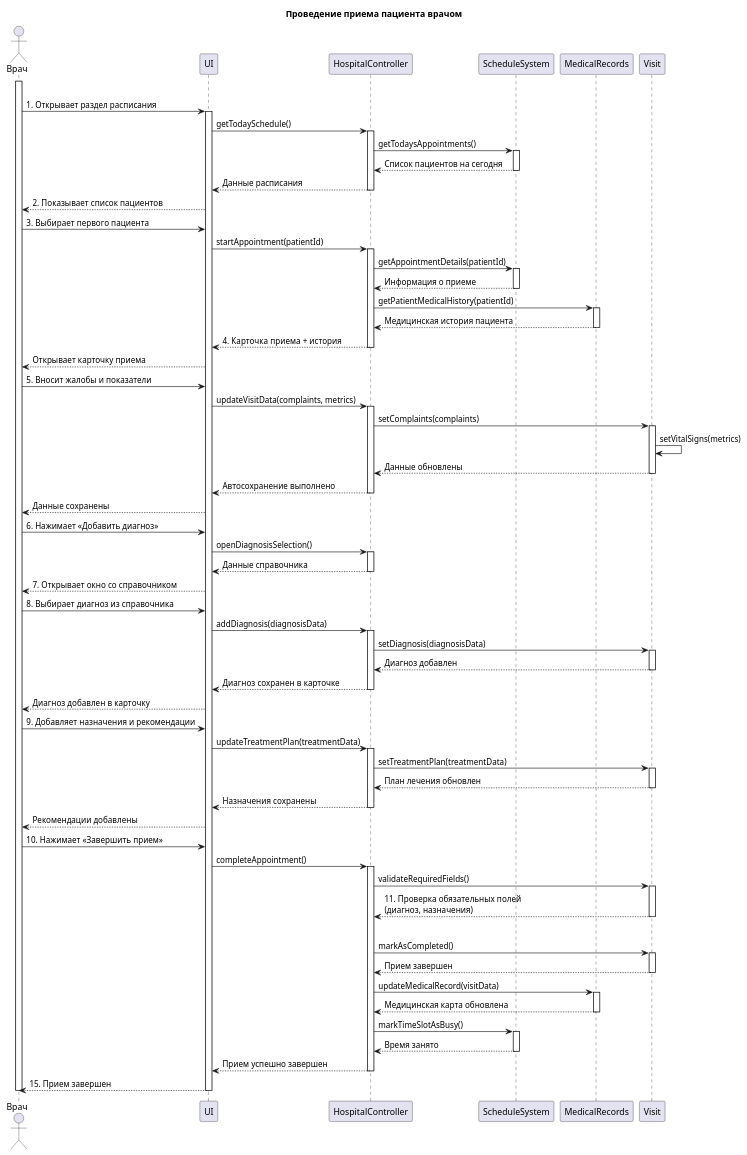
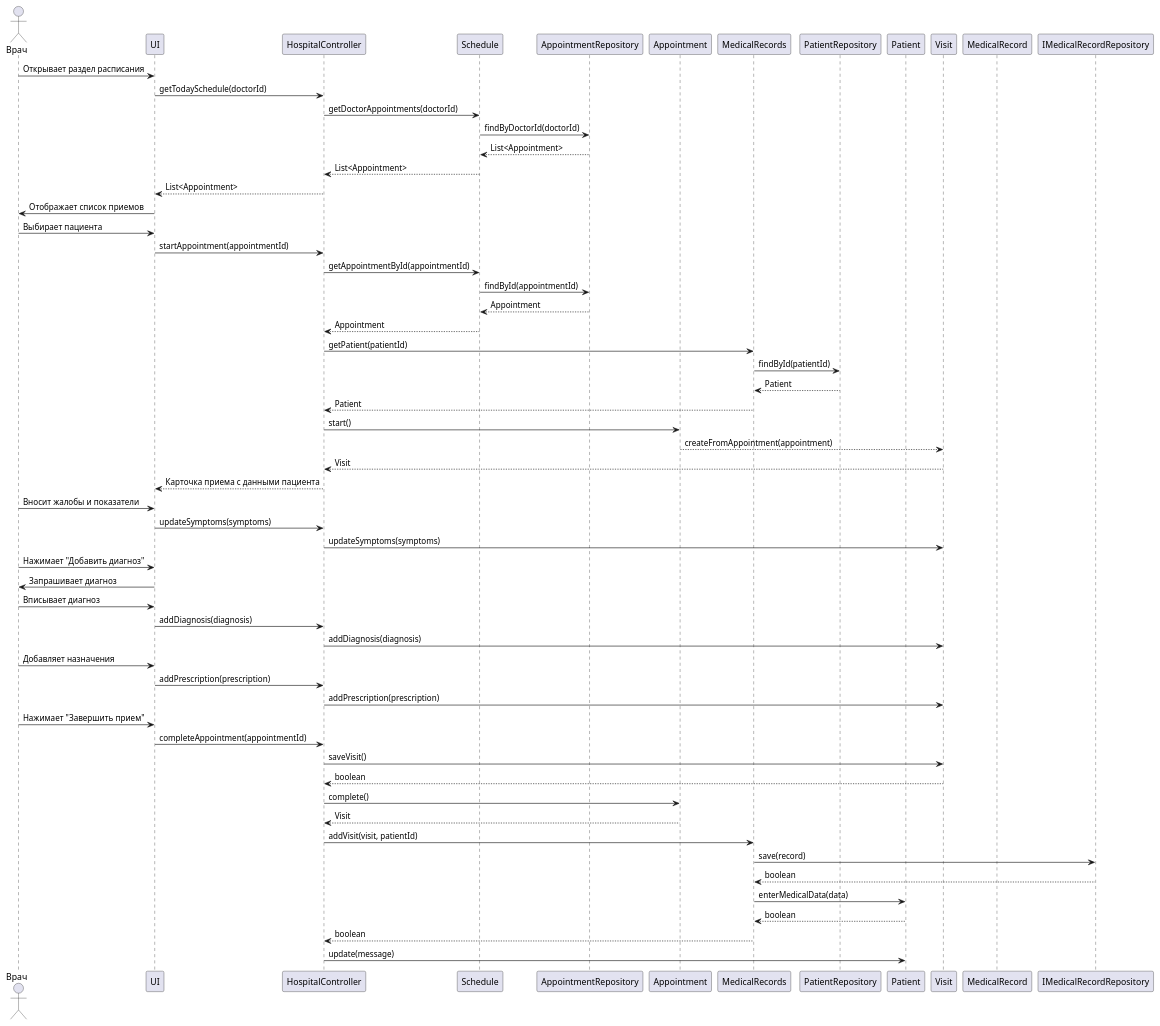
One commit to penamarth/bsbo-02-23_team5_var3_clinic changed the diagram in UseCase_Appointment/SequenceDiadram.md. Above: the diagram before and after it, drawn with PlantUML. The commit also changed other lines of this file, not shown here.

```diff
--- a/UseCase_Appointment/SequenceDiadram.md
+++ b/UseCase_Appointment/SequenceDiadram.md
@@ -1,114 +1,66 @@
 @startuml
-title Проведение приема пациента врачом
-
-actor "Врач" as Doctor
+actor Врач
 participant "UI" as UI
 participant "HospitalController" as HC
-participant "ScheduleSystem" as Schedule
+participant "Schedule" as S
+participant "AppointmentRepository" as AR
+participant "Appointment" as A
 participant "MedicalRecords" as MR
-participant "Visit" as Visit
+participant "PatientRepository" as PR
+participant "Patient" as P
+participant "Visit" as V
+participant "MedicalRecord" as MRec
+participant "IMedicalRecordRepository" as IMR
 
-|||
-activate Doctor
-Doctor -> UI: 1. Открывает раздел расписания
-activate UI
-UI -> HC: getTodaySchedule()
-activate HC
-HC -> Schedule: getTodaysAppointments()
-activate Schedule
-Schedule --> HC: Список пациентов на сегодня
-deactivate Schedule
-HC --> UI: Данные расписания
-deactivate HC
-UI --> Doctor: 2. Показывает список пациентов
+Врач -> UI: Открывает раздел расписания
+UI -> HC: getTodaySchedule(doctorId)
+HC -> S: getDoctorAppointments(doctorId)
+S -> AR: findByDoctorId(doctorId)
+AR --> S: List<Appointment>
+S --> HC: List<Appointment>
+HC --> UI: List<Appointment>
+UI -> Врач: Отображает список приемов
 
-Doctor -> UI: 3. Выбирает первого пациента
-UI -> HC: startAppointment(patientId)
-activate HC
-HC -> Schedule: getAppointmentDetails(patientId)
-activate Schedule
-Schedule --> HC: Информация о приеме
-deactivate Schedule
+Врач -> UI: Выбирает пациента
+UI -> HC: startAppointment(appointmentId)
+HC -> S: getAppointmentById(appointmentId)
+S -> AR: findById(appointmentId)
+AR --> S: Appointment
+S --> HC: Appointment
+HC -> MR: getPatient(patientId)
+MR -> PR: findById(patientId)
+PR --> MR: Patient
+MR --> HC: Patient
+HC -> A: start()
+A --> V: createFromAppointment(appointment)
+V --> HC: Visit
+HC --> UI: Карточка приема с данными пациента
 
-HC -> MR: getPatientMedicalHistory(patientId)
-activate MR
-MR --> HC: Медицинская история пациента
-deactivate MR
+Врач -> UI: Вносит жалобы и показатели
+UI -> HC: updateSymptoms(symptoms)
+HC -> V: updateSymptoms(symptoms)
 
-HC --> UI: 4. Карточка приема + история
-deactivate HC
-UI --> Doctor: Открывает карточку приема
+Врач -> UI: Нажимает "Добавить диагноз"
+UI -> Врач: Запрашивает диагноз
+Врач -> UI: Вписывает диагноз
+UI -> HC: addDiagnosis(diagnosis)
+HC -> V: addDiagnosis(diagnosis)
 
-Doctor -> UI: 5. Вносит жалобы и показатели
-UI -> HC: updateVisitData(complaints, metrics)
-activate HC
-HC -> Visit: setComplaints(complaints)
-activate Visit
-Visit -> Visit: setVitalSigns(metrics)
-Visit --> HC: Данные обновлены
-deactivate Visit
-HC --> UI: Автосохранение выполнено
-deactivate HC
-UI --> Doctor: Данные сохранены
+Врач -> UI: Добавляет назначения
+UI -> HC: addPrescription(prescription)
+HC -> V: addPrescription(prescription)
 
-Doctor -> UI: 6. Нажимает «Добавить диагноз»
-UI -> HC: openDiagnosisSelection()
-activate HC
-HC --> UI: Данные справочника
-deactivate HC
-UI --> Doctor: 7. Открывает окно со справочником
-
-Doctor -> UI: 8. Выбирает диагноз из справочника
-UI -> HC: addDiagnosis(diagnosisData)
-activate HC
-HC -> Visit: setDiagnosis(diagnosisData)
-activate Visit
-Visit --> HC: Диагноз добавлен
-deactivate Visit
-HC --> UI: Диагноз сохранен в карточке
-deactivate HC
-UI --> Doctor: Диагноз добавлен в карточку
-
-Doctor -> UI: 9. Добавляет назначения и рекомендации
-UI -> HC: updateTreatmentPlan(treatmentData)
-activate HC
-HC -> Visit: setTreatmentPlan(treatmentData)
-activate Visit
-Visit --> HC: План лечения обновлен
-deactivate Visit
-HC --> UI: Назначения сохранены
-deactivate HC
-UI --> Doctor: Рекомендации добавлены
-
-Doctor -> UI: 10. Нажимает «Завершить прием»
-UI -> HC: completeAppointment()
-activate HC
-
-HC -> Visit: validateRequiredFields()
-activate Visit
-Visit --> HC: 11. Проверка обязательных полей\n(диагноз, назначения)
-deactivate Visit
-
-alt Все поля заполнены
-  HC -> Visit: markAsCompleted()
-  activate Visit
-  Visit --> HC: Прием завершен
-  deactivate Visit
-  
-  HC -> MR: updateMedicalRecord(visitData)
-  activate MR
-  MR --> HC: Медицинская карта обновлена
-  deactivate MR
-  
-  HC -> Schedule: markTimeSlotAsBusy()
-  activate Schedule
-  Schedule --> HC: Время занято
-  deactivate Schedule
-  HC --> UI: Прием успешно завершен
-  deactivate HC
-  UI --> Doctor: 15. Прием завершен
-  
-
-deactivate UI
-deactivate Doctor
+Врач -> UI: Нажимает "Завершить прием"
+UI -> HC: completeAppointment(appointmentId)
+HC -> V: saveVisit()
+V --> HC: boolean
+HC -> A: complete()
+A --> HC: Visit
+HC -> MR: addVisit(visit, patientId)
+MR -> IMR: save(record)
+IMR --> MR: boolean
+MR -> P: enterMedicalData(data)
+P --> MR: boolean
+MR --> HC: boolean
+HC -> P: update(message)
 @enduml
```
